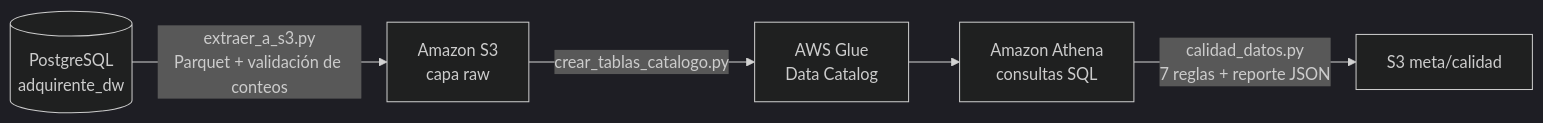
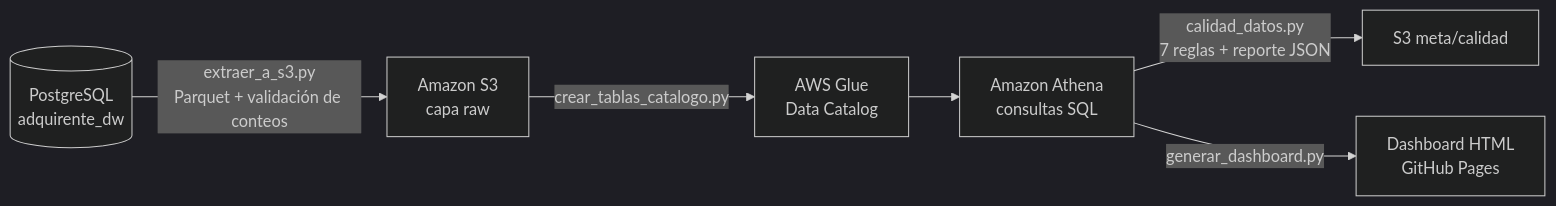
Before and after one commit to leandrodlf/pipeline-etl-aws-adquirente: the diagram in README.md, drawn with Mermaid (dark theme). The commit also changed other lines of this file, not shown here.

Commit message:
Actualiza README con el dashboard

````diff
--- a/README.md
+++ b/README.md
@@ -9,7 +11,8 @@
 ```mermaid
 flowchart LR
     A[("PostgreSQL<br/>adquirente_dw")] -->|"extraer_a_s3.py<br/>Parquet + validación de conteos"| B["Amazon S3<br/>capa raw"]
     B -->|"crear_tablas_catalogo.py"| C["AWS Glue<br/>Data Catalog"]
     C --> D["Amazon Athena<br/>consultas SQL"]
     D -->|"calidad_datos.py<br/>7 reglas + reporte JSON"| E["S3 meta/calidad"]
+    D -->|"generar_dashboard.py"| F["Dashboard HTML<br/>GitHub Pages"]
 ```
````
